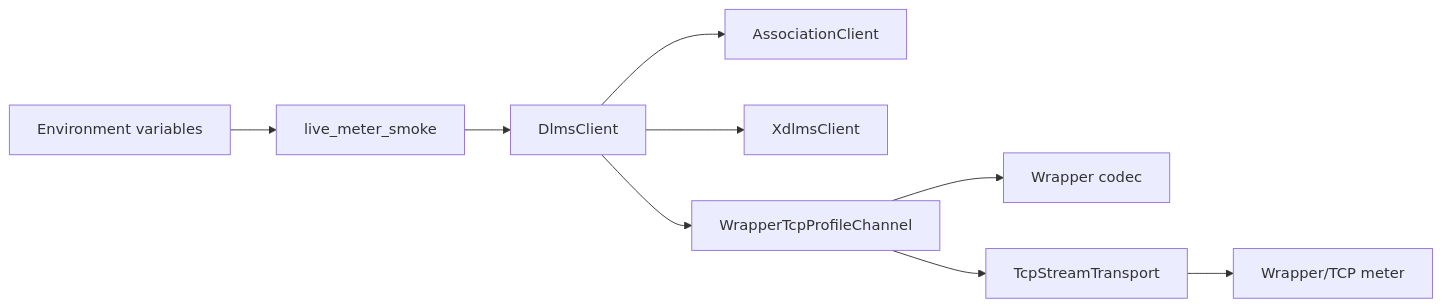
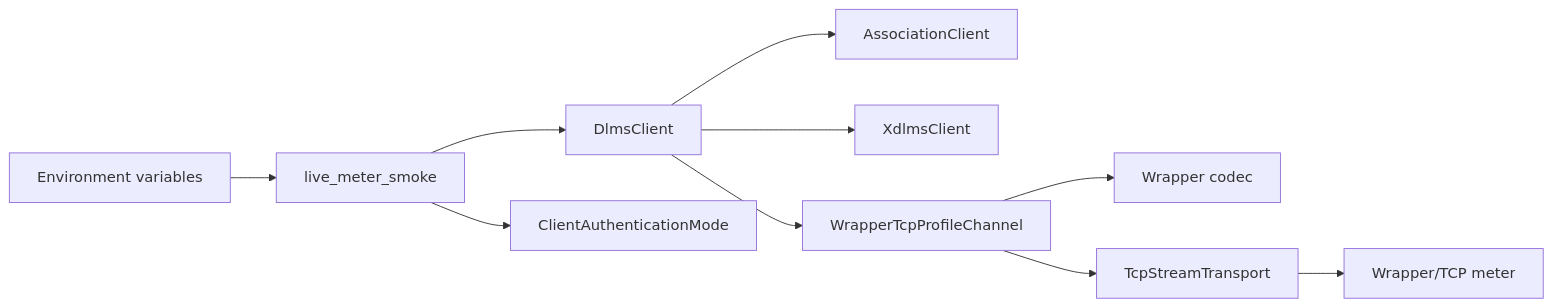
One commit to gvtret/dlms changed the first of 2 diagrams in docs/live_meter_smoke_plan.md. Above: the diagram before and after it, drawn with Mermaid. The commit also changed other lines of this file, not shown here.

First line of the commit message:
docs: define LLS live meter smoke

````diff
--- a/docs/live_meter_smoke_plan.md
+++ b/docs/live_meter_smoke_plan.md
@@ -78,11 +88,12 @@
 ```mermaid
 flowchart LR
   Env["Environment variables"] --> Smoke["live_meter_smoke"]
   Smoke --> Client["DlmsClient"]
+  Smoke --> Auth["ClientAuthenticationMode"]
   Client --> Assoc["AssociationClient"]
   Client --> Xdlms["XdlmsClient"]
   Client --> Profile["WrapperTcpProfileChannel"]
   Profile --> Wrapper["Wrapper codec"]
   Profile --> Transport["TcpStreamTransport"]
   Transport --> Meter["Wrapper/TCP meter"]
 ```
````
